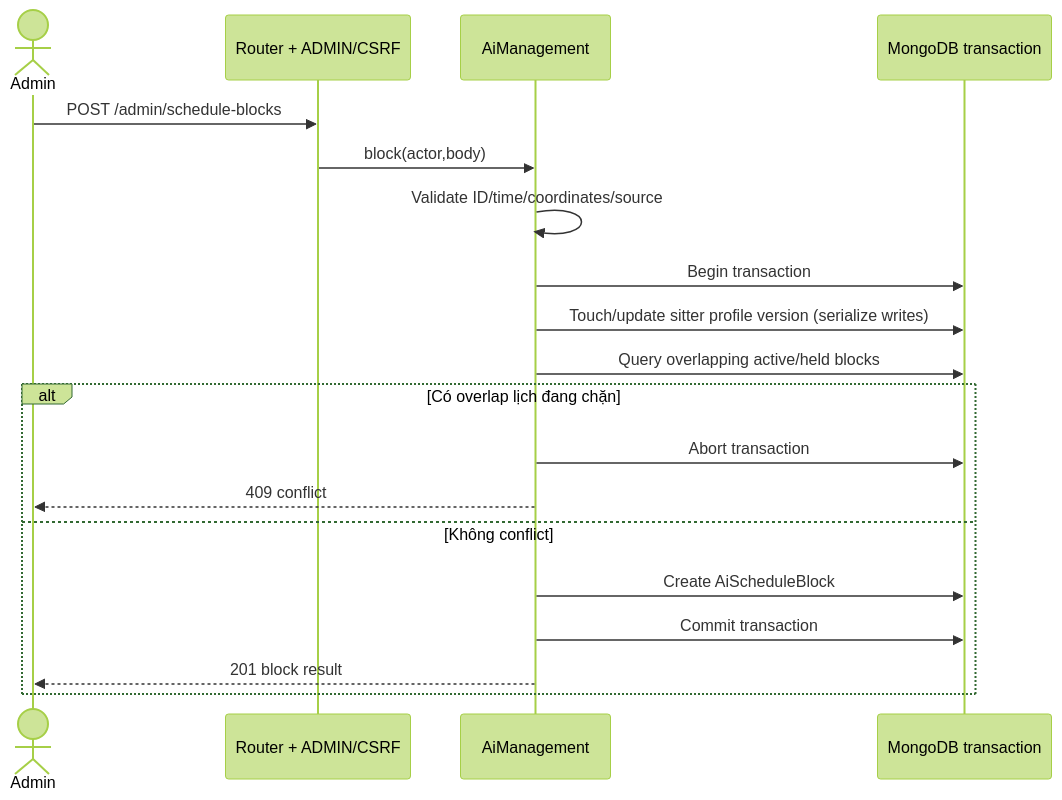
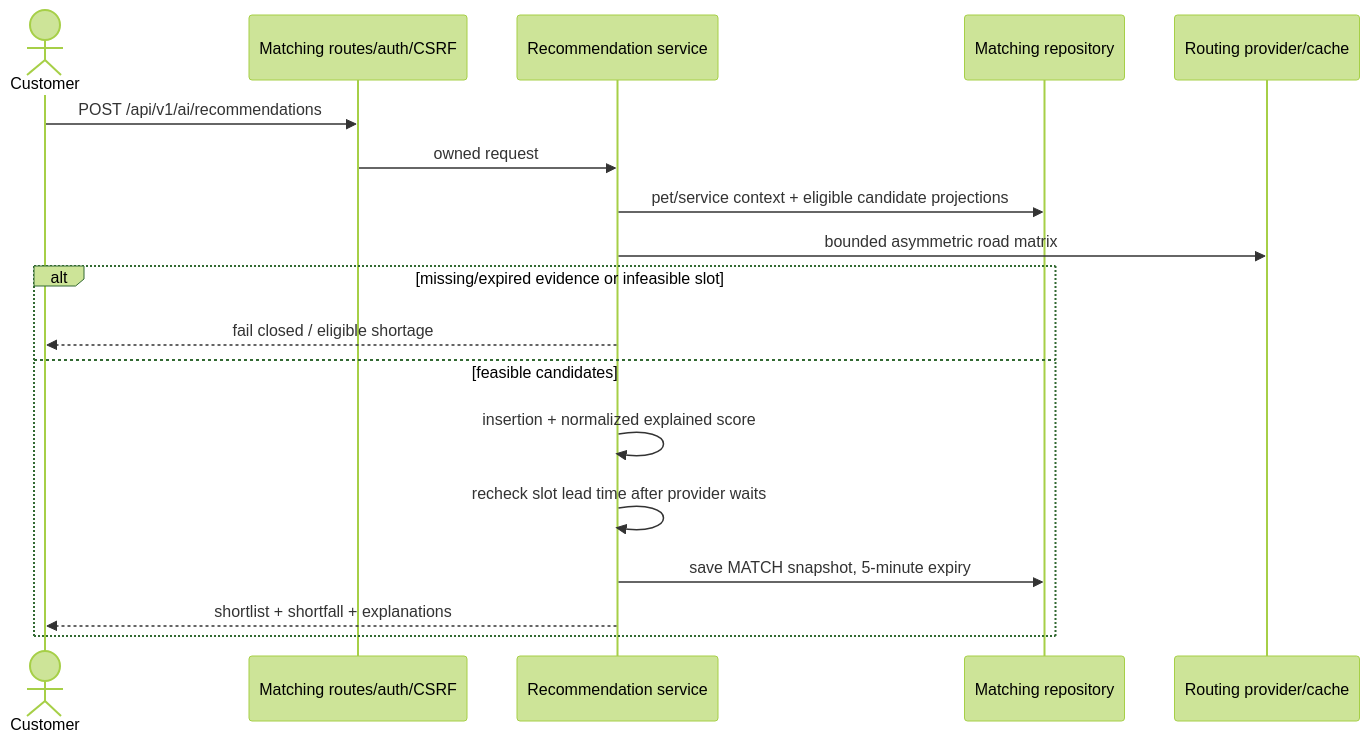
Before and after one commit to ngocthanhhx7/SEP490_G101_FALL2026: the fourth of 4 diagrams in doc/architecture/ai-diagram-handoff-v1.md, drawn with Mermaid (forest theme). The commit also changed other lines of this file and 192 other files, not shown here.

````diff
--- a/doc/architecture/ai-diagram-handoff-v1.md
+++ b/doc/architecture/ai-diagram-handoff-v1.md
@@ -554,21 +130,20 @@
 ```mermaid
 sequenceDiagram
-    actor Admin
-    participant API as Router + ADMIN/CSRF
-    participant M as AiManagement
-    participant DB as MongoDB transaction
-    Admin->>API: POST /admin/schedule-blocks
-    API->>M: block(actor,body)
-    M->>M: Validate ID/time/coordinates/source
-    M->>DB: Begin transaction
-    M->>DB: Touch/update sitter profile version (serialize writes)
-    M->>DB: Query overlapping active/held blocks
-    alt Có overlap lịch đang chặn
-        M->>DB: Abort transaction
-        M-->>Admin: 409 conflict
-    else Không conflict
-        M->>DB: Create AiScheduleBlock
-        M->>DB: Commit transaction
-        M-->>Admin: 201 block result
-    end
+  actor Customer
+  participant Route as Matching routes/auth/CSRF
+  participant Match as Recommendation service
+  participant Repo as Matching repository
+  participant Travel as Routing provider/cache
+  Customer->>Route: POST /api/v1/ai/recommendations
+  Route->>Match: owned request
+  Match->>Repo: pet/service context + eligible candidate projections
+  Match->>Travel: bounded asymmetric road matrix
+  alt missing/expired evidence or infeasible slot
+    Match-->>Customer: fail closed / eligible shortage
+  else feasible candidates
+    Match->>Match: insertion + normalized explained score
+    Match->>Match: recheck slot lead time after provider waits
+    Match->>Repo: save MATCH snapshot, 5-minute expiry
+    Match-->>Customer: shortlist + shortfall + explanations
+  end
 ```
````
